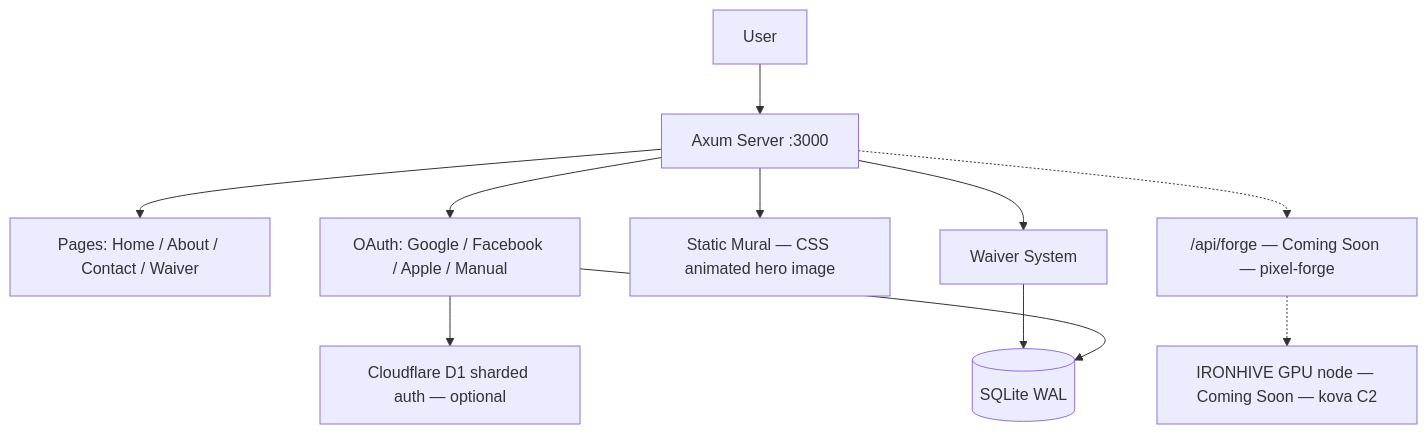
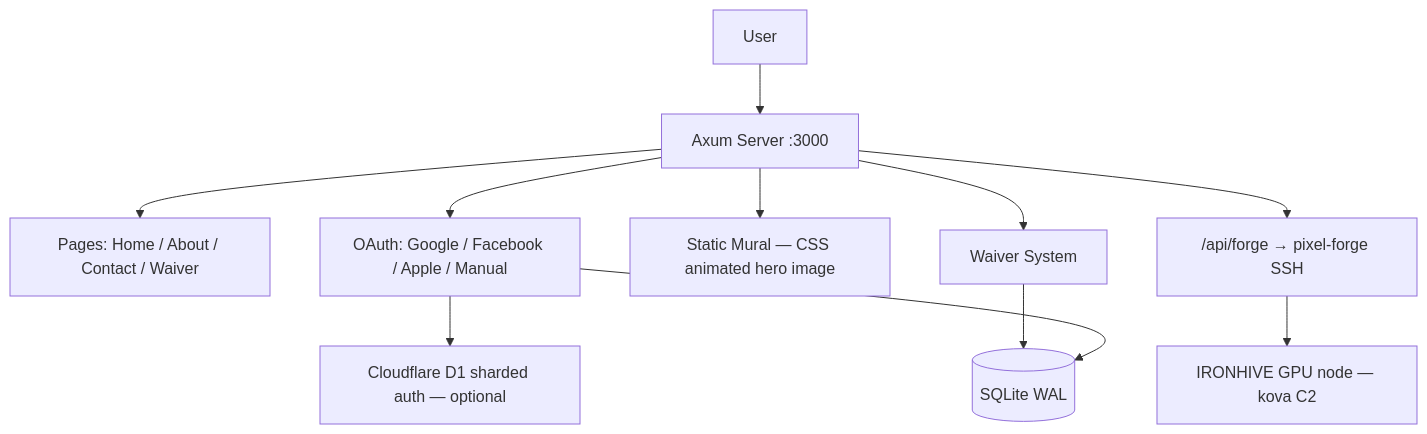
One commit to cochranblock/oakilydokily changed the diagram in README.md. Above: the diagram before and after it, drawn with Mermaid. The commit also changed other lines of this file and 6 other files, not shown here.

````diff
--- a/README.md
+++ b/README.md
@@ -26,13 +26,13 @@
 ```mermaid
 flowchart TD
     User[User] --> Axum[Axum Server :3000]
     Axum --> Pages[Pages: Home / About / Contact / Waiver]
     Axum --> Auth[OAuth: Google / Facebook / Apple / Manual]
     Axum --> Mural[Static Mural — CSS animated hero image]
-    Axum -.-> Forge["/api/forge — Coming Soon — pixel-forge"]
-    Forge -.-> GPU["IRONHIVE GPU node — Coming Soon — kova C2"]
+    Axum --> Forge["/api/forge → pixel-forge SSH"]
+    Forge --> GPU["IRONHIVE GPU node — kova C2"]
     Axum --> Waiver[Waiver System]
     Waiver --> SQLite[(SQLite WAL)]
     Auth --> D1[Cloudflare D1 sharded auth — optional]
     Auth --> SQLite
 ```
````
